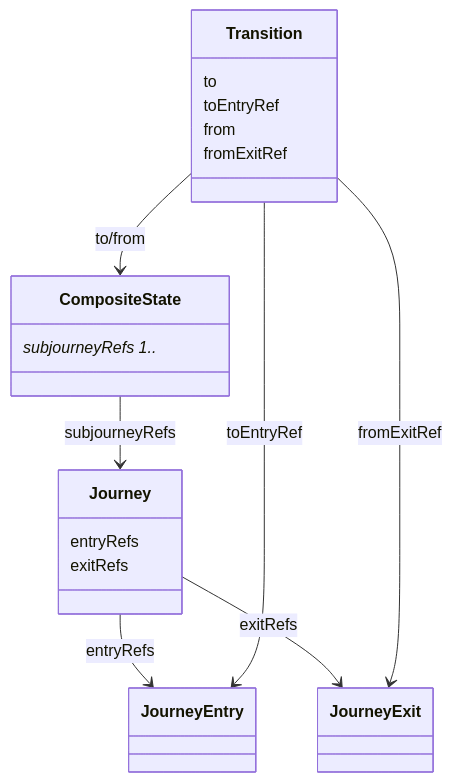
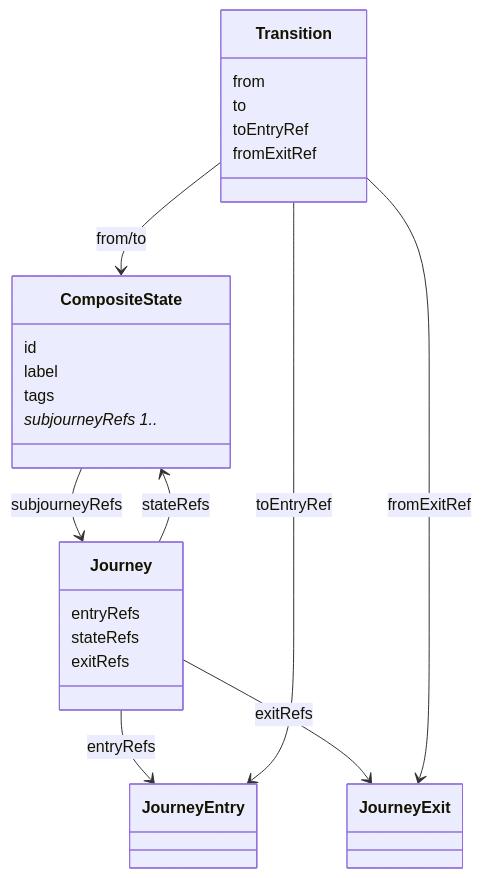
Before and after one commit to openuji/spec-ujg: diagram 12 of 12 in specs/ed/graph/index.md, drawn with Mermaid. The commit also changed other lines of this file and 17 other files, not shown here.

````diff
--- a/specs/ed/graph/index.md
+++ b/specs/ed/graph/index.md
@@ -1227,25 +1059,30 @@
 ```mermaid
 classDiagram
   class CompositeState {
+    id
+    label
+    tags
     subjourneyRefs 1..*
   }
   class Journey {
     entryRefs
+    stateRefs
     exitRefs
   }
   class JourneyEntry
   class JourneyExit
   class Transition {
+    from
     to
     toEntryRef
-    from
     fromExitRef
   }
 
+  Journey --> CompositeState : stateRefs
   CompositeState --> Journey : subjourneyRefs
   Journey --> JourneyEntry : entryRefs
   Journey --> JourneyExit : exitRefs
-  Transition --> CompositeState : to/from
+  Transition --> CompositeState : from/to
   Transition --> JourneyEntry : toEntryRef
   Transition --> JourneyExit : fromExitRef
 ```
````
